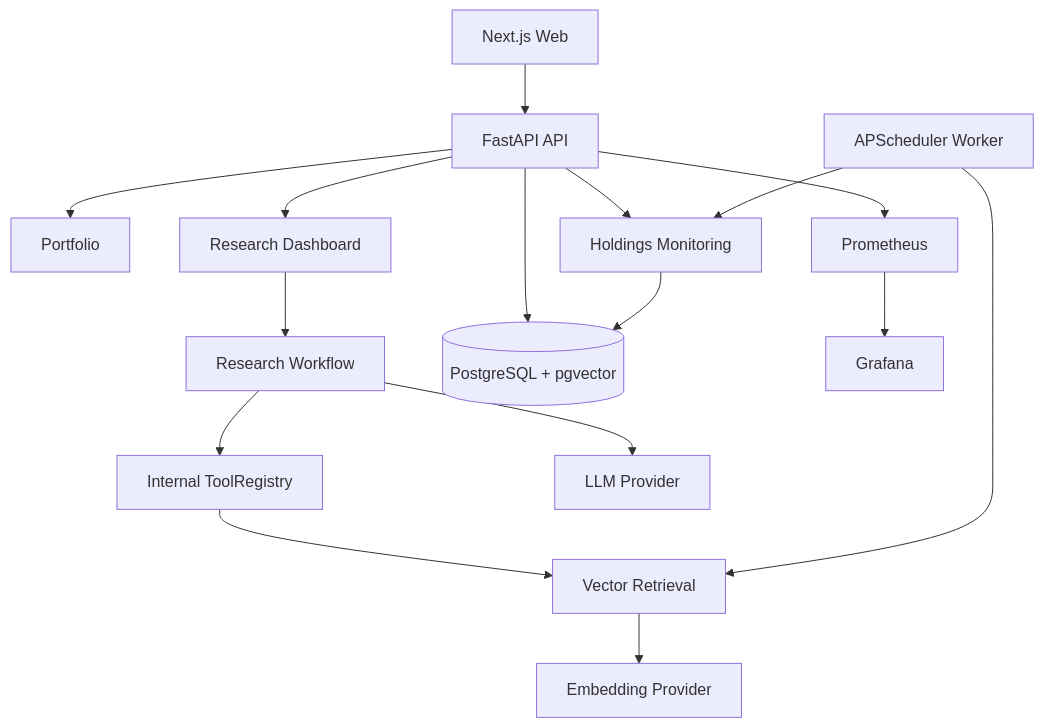
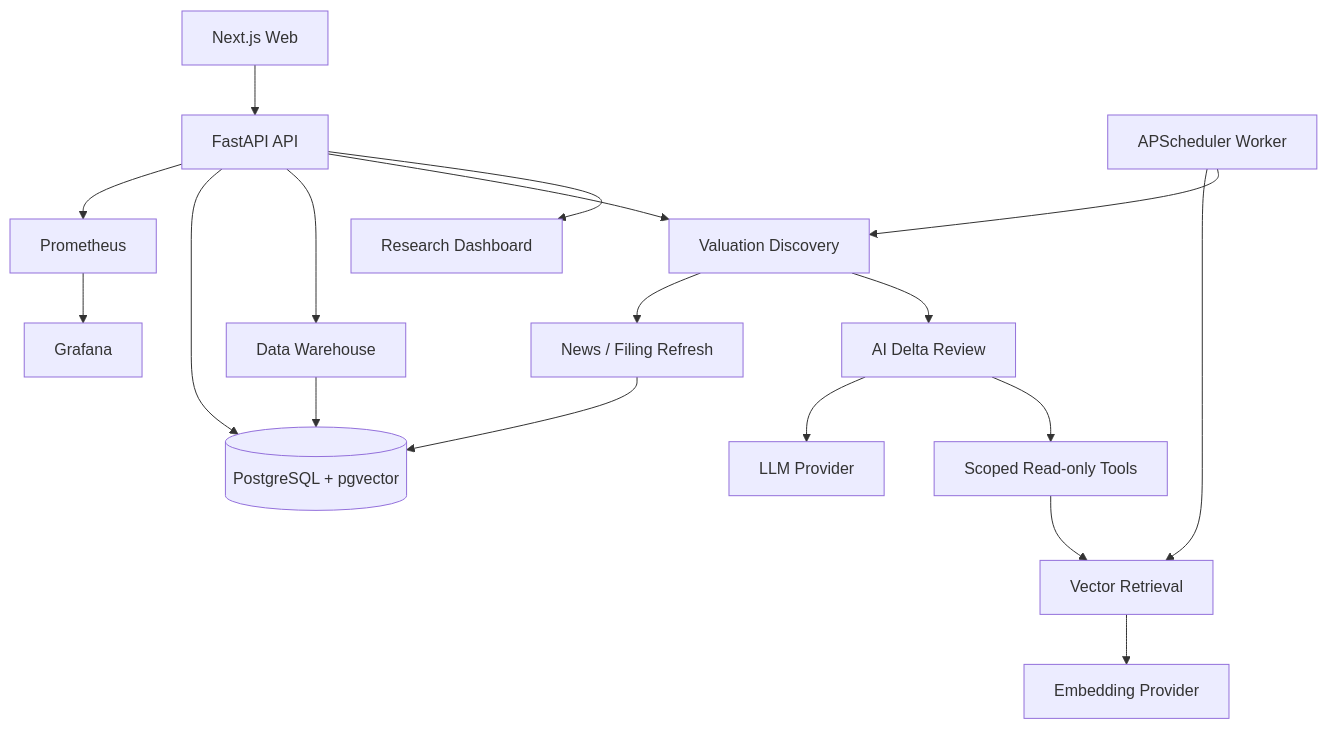
The diagram in README.md (RickyW0529/Margin), drawn with Mermaid before and after one commit. The commit also changed other lines of this file and 469 other files, not shown here.

First line of the commit message:
fix(research,dashboard): repair deepseek-broken files; wire frontend↔backend through; refactor UI shell

````diff
--- a/README.md
+++ b/README.md
@@ -42,18 +43,20 @@
 ```mermaid
 flowchart TB
     Web[Next.js Web] --> API[FastAPI API]
-    API --> Portfolio[Portfolio]
     API --> Dashboard[Research Dashboard]
-    API --> Monitoring[Holdings Monitoring]
-    Dashboard --> Research[Research Workflow]
-    Research --> Tools[Internal ToolRegistry]
+    API --> Valuation[Valuation Discovery]
+    Valuation --> Research[AI Delta Review]
+    Research --> Tools[Scoped Read-only Tools]
     Tools --> Retrieval[Vector Retrieval]
+    Valuation --> News[News / Filing Refresh]
+    API --> Data[Data Warehouse]
     Research --> LLM[LLM Provider]
     Retrieval --> Embedding[Embedding Provider]
     API --> PG[(PostgreSQL + pgvector)]
-    Monitoring --> PG
-    Worker[APScheduler Worker] --> Monitoring
+    Data --> PG
+    News --> PG
+    Worker[APScheduler Worker] --> Valuation
     Worker --> Retrieval
     API --> Prometheus[Prometheus]
     Prometheus --> Grafana[Grafana]
 ```
````
